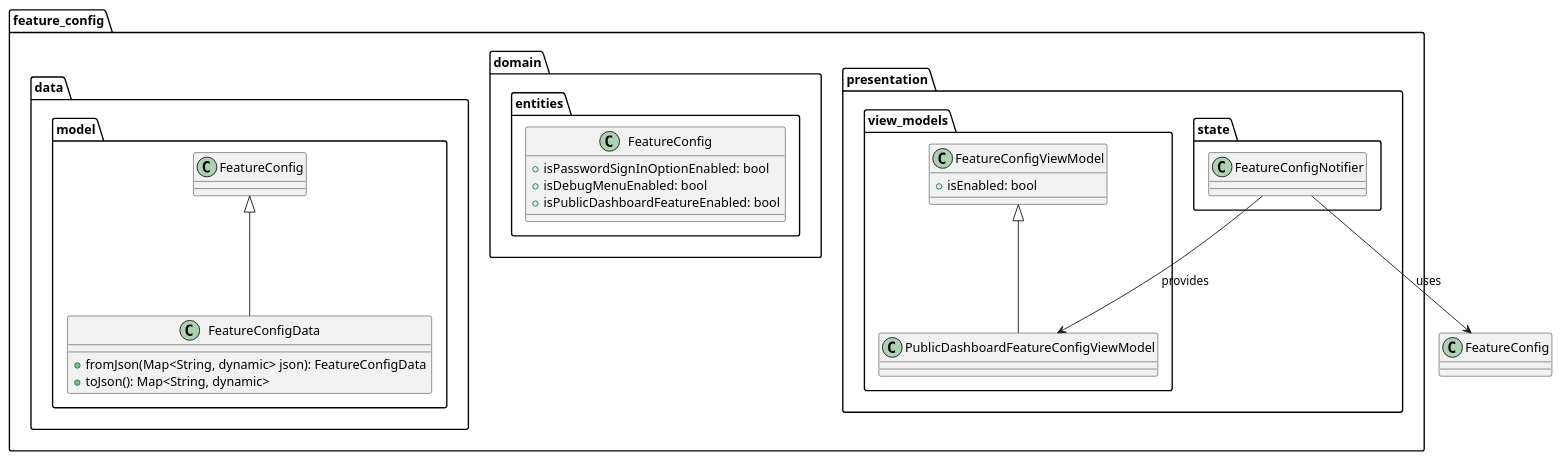
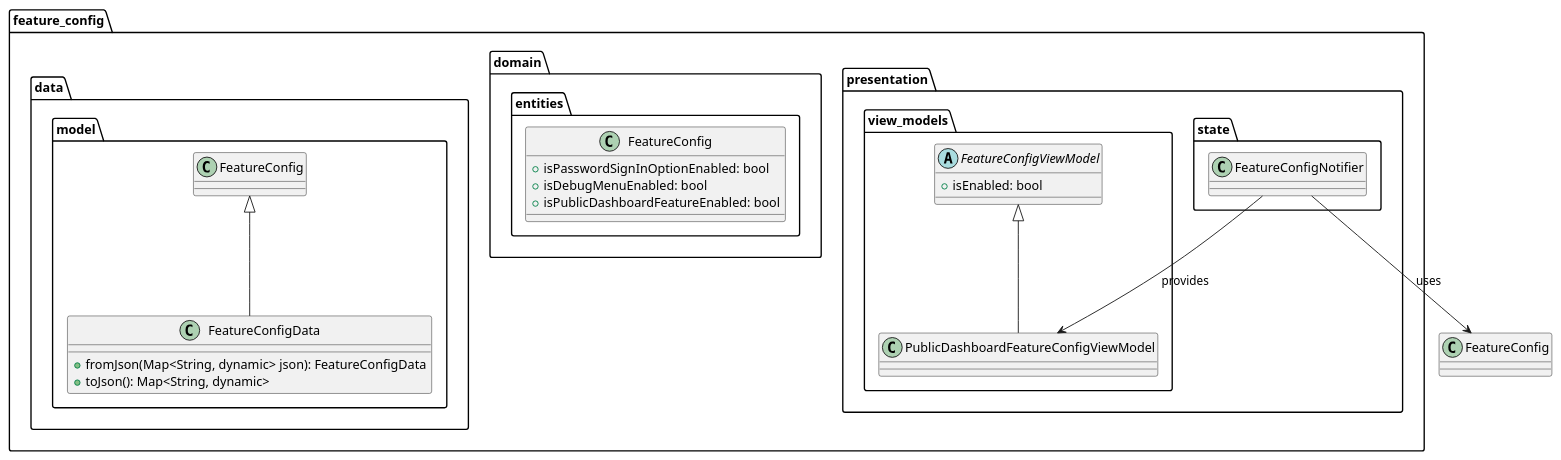
One commit to Flank/flank-dashboard changed the diagram in metrics/web/docs/features/public_dashboard/diagrams/public_dashboard_feature_config_class_diagram.puml. Above: the diagram before and after it, drawn with PlantUML. The commit also changed 1 other file, not shown here.

```diff
--- a/metrics/web/docs/features/public_dashboard/diagrams/public_dashboard_feature_config_class_diagram.puml
+++ b/metrics/web/docs/features/public_dashboard/diagrams/public_dashboard_feature_config_class_diagram.puml
@@ -1,37 +1,37 @@
 @startuml public_dashboard_feature_config_class_diagram
 
 package feature_config {
     package presentation {
         package view_models {
             class PublicDashboardFeatureConfigViewModel extends FeatureConfigViewModel {}
 
-            class FeatureConfigViewModel {
+            abstract class FeatureConfigViewModel {
                 + isEnabled: bool
             }
         }
 
         package state {
             class FeatureConfigNotifier {}
         }
     }
 
     package domain.entities {
         class FeatureConfig {
             + isPasswordSignInOptionEnabled: bool
             + isDebugMenuEnabled: bool
             + isPublicDashboardFeatureEnabled: bool
         }
     }
 
     package data.model {
         class FeatureConfigData extends FeatureConfig {
             + fromJson(Map<String, dynamic> json): FeatureConfigData
             + toJson(): Map<String, dynamic>
         }
     }
 }
 
 FeatureConfigNotifier --> FeatureConfig: uses
 FeatureConfigNotifier --> PublicDashboardFeatureConfigViewModel: provides
 
 @enduml
```
